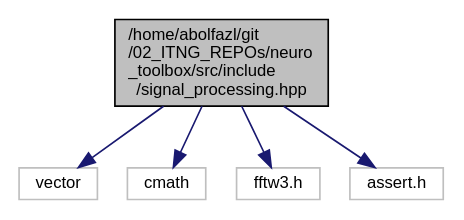
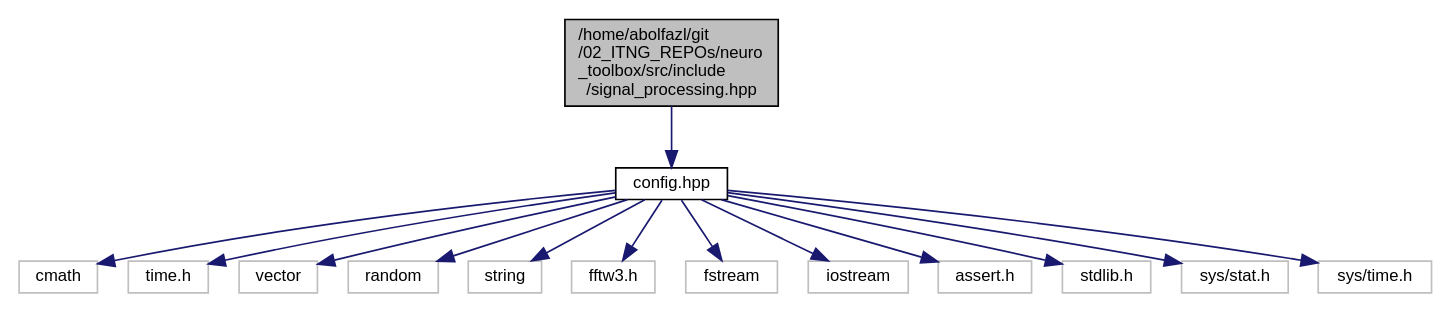
One commit to Ziaeemehr/neuro_toolbox changed the diagram in docs/signal__processing_8hpp__incl.dot. Above: the diagram before and after it, drawn with Graphviz. The commit also changed 78 other files, not shown here.

Commit message:
docs updated. config.hpp added.

```diff
--- a/docs/signal__processing_8hpp__incl.dot
+++ b/docs/signal__processing_8hpp__incl.dot
@@ -1,14 +1,32 @@
 digraph "/home/abolfazl/git/02_ITNG_REPOs/neuro_toolbox/src/include/signal_processing.hpp"
 {
   edge [fontname="Helvetica",fontsize="10",labelfontname="Helvetica",labelfontsize="10"];
   node [fontname="Helvetica",fontsize="10",shape=record];
   Node0 [label="/home/abolfazl/git\l/02_ITNG_REPOs/neuro\l_toolbox/src/include\l/signal_processing.hpp",height=0.2,width=0.4,color="black", fillcolor="grey75", style="filled", fontcolor="black"];
   Node0 -> Node1 [color="midnightblue",fontsize="10",style="solid",fontname="Helvetica"];
-  Node1 [label="vector",height=0.2,width=0.4,color="grey75", fillcolor="white", style="filled"];
-  Node0 -> Node2 [color="midnightblue",fontsize="10",style="solid",fontname="Helvetica"];
+  Node1 [label="config.hpp",height=0.2,width=0.4,color="black", fillcolor="white", style="filled",URL="$config_8hpp.html"];
+  Node1 -> Node2 [color="midnightblue",fontsize="10",style="solid",fontname="Helvetica"];
   Node2 [label="cmath",height=0.2,width=0.4,color="grey75", fillcolor="white", style="filled"];
-  Node0 -> Node3 [color="midnightblue",fontsize="10",style="solid",fontname="Helvetica"];
-  Node3 [label="fftw3.h",height=0.2,width=0.4,color="grey75", fillcolor="white", style="filled"];
-  Node0 -> Node4 [color="midnightblue",fontsize="10",style="solid",fontname="Helvetica"];
-  Node4 [label="assert.h",height=0.2,width=0.4,color="grey75", fillcolor="white", style="filled"];
+  Node1 -> Node3 [color="midnightblue",fontsize="10",style="solid",fontname="Helvetica"];
+  Node3 [label="time.h",height=0.2,width=0.4,color="grey75", fillcolor="white", style="filled"];
+  Node1 -> Node4 [color="midnightblue",fontsize="10",style="solid",fontname="Helvetica"];
+  Node4 [label="vector",height=0.2,width=0.4,color="grey75", fillcolor="white", style="filled"];
+  Node1 -> Node5 [color="midnightblue",fontsize="10",style="solid",fontname="Helvetica"];
+  Node5 [label="random",height=0.2,width=0.4,color="grey75", fillcolor="white", style="filled"];
+  Node1 -> Node6 [color="midnightblue",fontsize="10",style="solid",fontname="Helvetica"];
+  Node6 [label="string",height=0.2,width=0.4,color="grey75", fillcolor="white", style="filled"];
+  Node1 -> Node7 [color="midnightblue",fontsize="10",style="solid",fontname="Helvetica"];
+  Node7 [label="fftw3.h",height=0.2,width=0.4,color="grey75", fillcolor="white", style="filled"];
+  Node1 -> Node8 [color="midnightblue",fontsize="10",style="solid",fontname="Helvetica"];
+  Node8 [label="fstream",height=0.2,width=0.4,color="grey75", fillcolor="white", style="filled"];
+  Node1 -> Node9 [color="midnightblue",fontsize="10",style="solid",fontname="Helvetica"];
+  Node9 [label="iostream",height=0.2,width=0.4,color="grey75", fillcolor="white", style="filled"];
+  Node1 -> Node10 [color="midnightblue",fontsize="10",style="solid",fontname="Helvetica"];
+  Node10 [label="assert.h",height=0.2,width=0.4,color="grey75", fillcolor="white", style="filled"];
+  Node1 -> Node11 [color="midnightblue",fontsize="10",style="solid",fontname="Helvetica"];
+  Node11 [label="stdlib.h",height=0.2,width=0.4,color="grey75", fillcolor="white", style="filled"];
+  Node1 -> Node12 [color="midnightblue",fontsize="10",style="solid",fontname="Helvetica"];
+  Node12 [label="sys/stat.h",height=0.2,width=0.4,color="grey75", fillcolor="white", style="filled"];
+  Node1 -> Node13 [color="midnightblue",fontsize="10",style="solid",fontname="Helvetica"];
+  Node13 [label="sys/time.h",height=0.2,width=0.4,color="grey75", fillcolor="white", style="filled"];
 }
```
